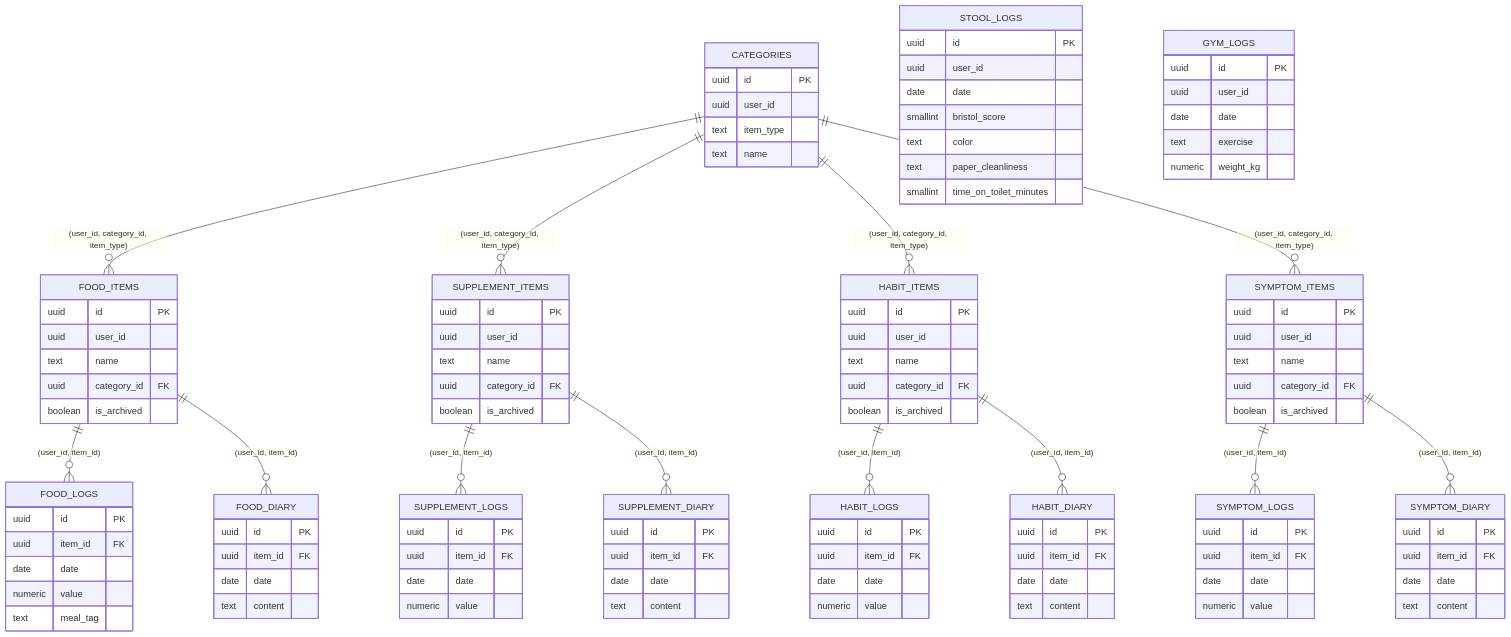
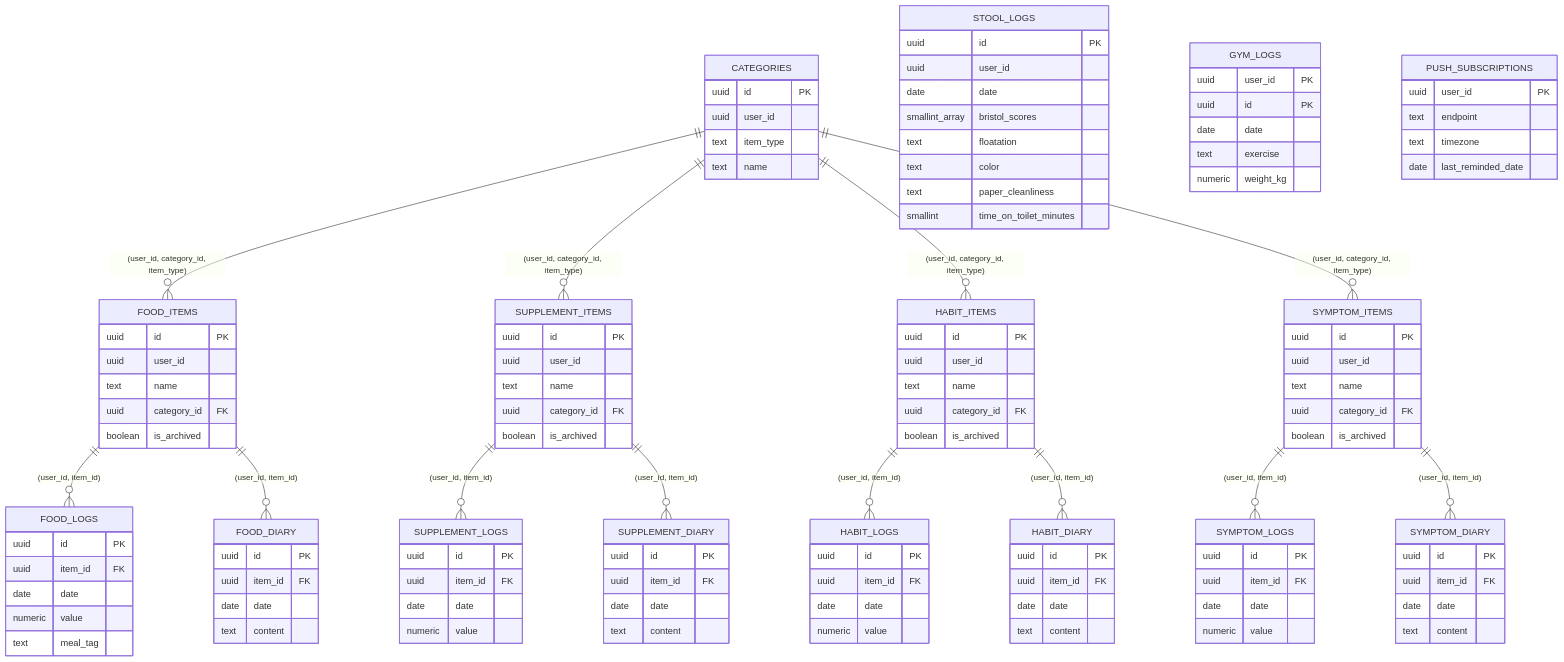
The diagram in README.md (xxvazquez/health-management), drawn with Mermaid before and after one commit. The commit also changed other lines of this file and 17 other files, not shown here.

````diff
--- a/README.md
+++ b/README.md
@@ -119,16 +121,23 @@
         uuid id PK
         uuid user_id
         date date
-        smallint bristol_score
+        smallint_array bristol_scores
+        text floatation
         text color
         text paper_cleanliness
         smallint time_on_toilet_minutes
     }
     GYM_LOGS {
+        uuid user_id PK
         uuid id PK
-        uuid user_id
         date date
         text exercise
         numeric weight_kg
     }
+    PUSH_SUBSCRIPTIONS {
+        uuid user_id PK
+        text endpoint
+        text timezone
+        date last_reminded_date
+    }
 ```
````
